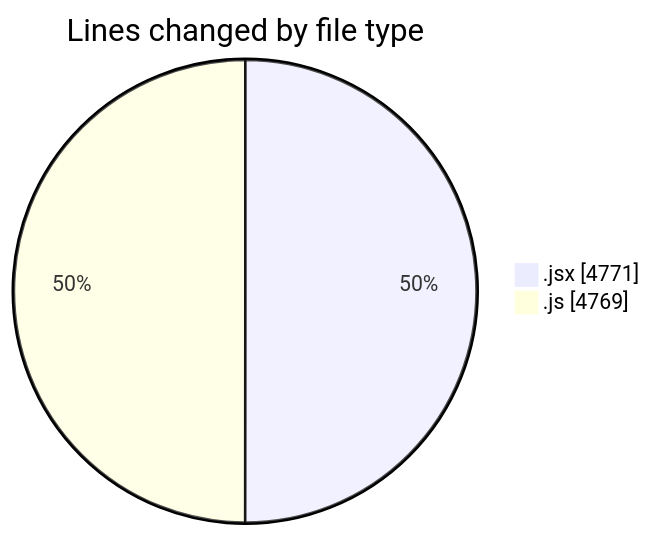
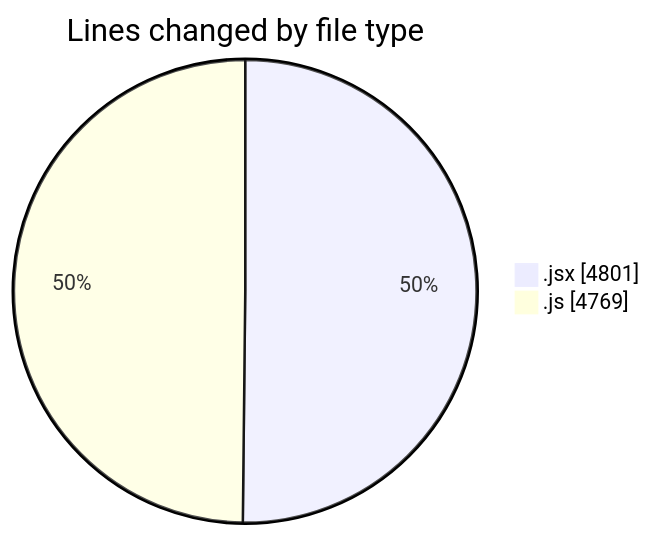
One commit to nxtqubesakshisongat/code-tracking changed the first of 2 diagrams in 2025-11-06/nxtqube_webapp/README.md. Above: the diagram before and after it, drawn with Mermaid. The commit also changed other lines of this file and 1 other file, not shown here.

````diff
--- a/2025-11-06/nxtqube_webapp/README.md
+++ b/2025-11-06/nxtqube_webapp/README.md
@@ -34,6 +34,6 @@
 ```mermaid
 pie showData
 title Lines changed by file type
-".jsx" : 4771
+".jsx" : 4801
 ".js" : 4769
 ```
````
